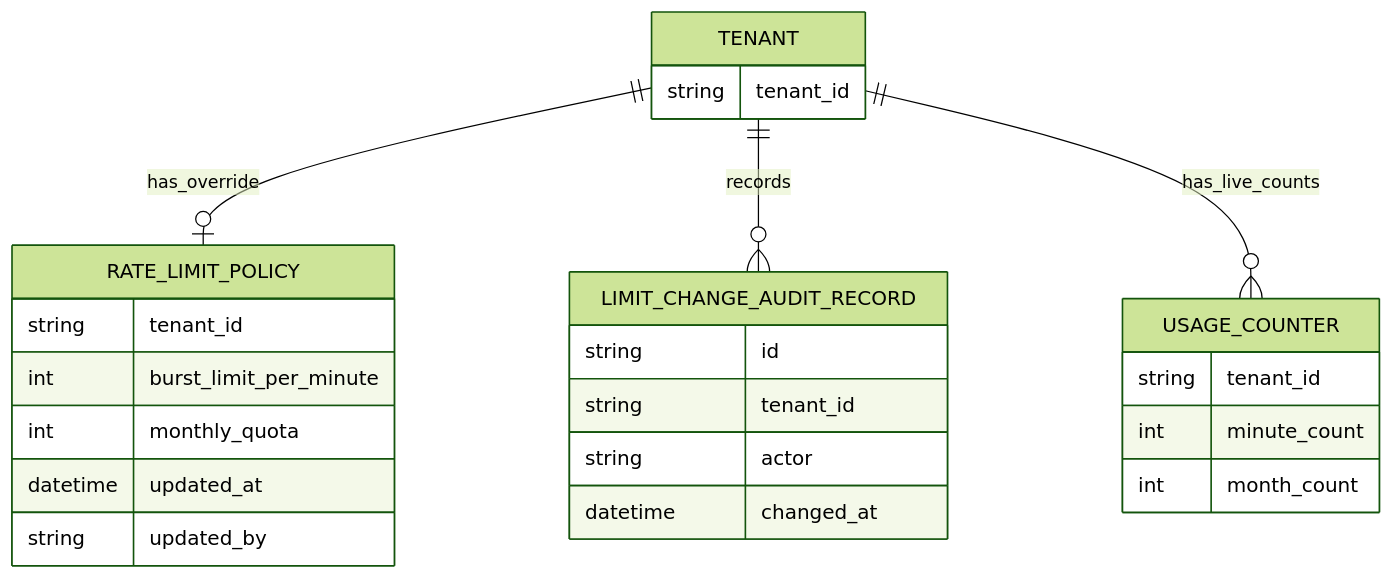
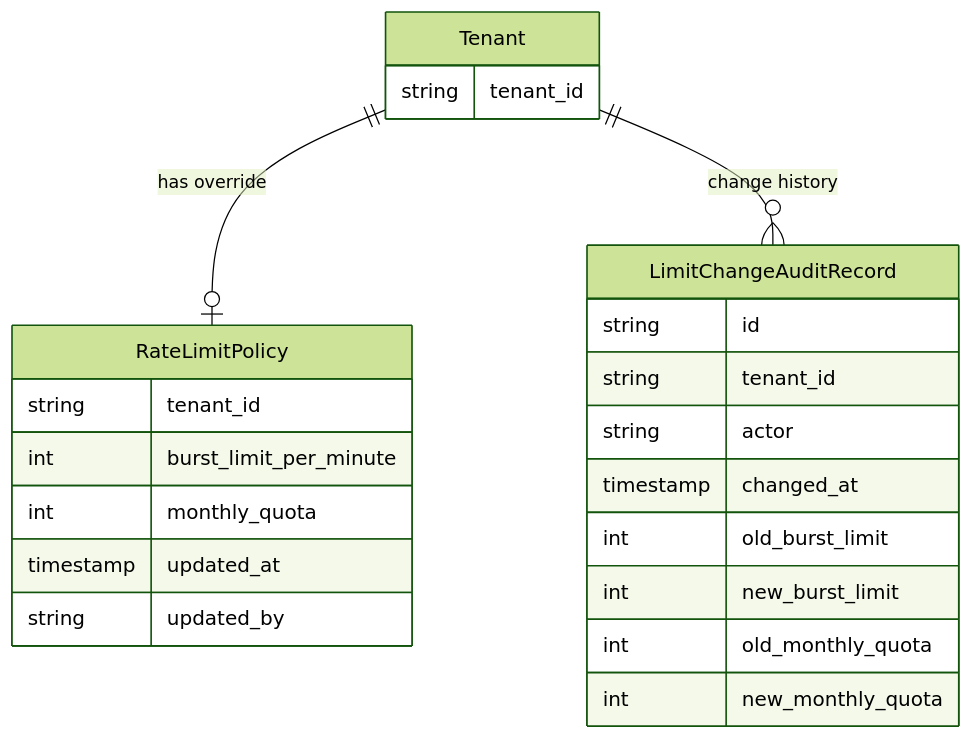
The second of 5 diagrams in examples/specs/001-tenant-rate-limiting/product/30-design.md (d0whc3r/spec-kit-product), drawn with Mermaid (forest theme) before and after one commit. The commit also changed other lines of this file and 4 other files, not shown here.

First line of the commit message:
Refactor technical design and checklist for Per-Tenant API Rate Limiting feature

````diff
--- a/examples/specs/001-tenant-rate-limiting/product/30-design.md
+++ b/examples/specs/001-tenant-rate-limiting/product/30-design.md
@@ -146,27 +137,25 @@
 ```mermaid
 erDiagram
-    TENANT ||--o| RATE_LIMIT_POLICY : has_override
-    TENANT ||--o{ LIMIT_CHANGE_AUDIT_RECORD : records
-    TENANT ||--o{ USAGE_COUNTER : has_live_counts
-    TENANT {
+    Tenant ||--o| RateLimitPolicy : "has override"
+    Tenant ||--o{ LimitChangeAuditRecord : "change history"
+    Tenant {
         string tenant_id
     }
-    RATE_LIMIT_POLICY {
+    RateLimitPolicy {
         string tenant_id
         int burst_limit_per_minute
         int monthly_quota
-        datetime updated_at
+        timestamp updated_at
         string updated_by
     }
-    LIMIT_CHANGE_AUDIT_RECORD {
+    LimitChangeAuditRecord {
         string id
         string tenant_id
         string actor
-        datetime changed_at
-    }
-    USAGE_COUNTER {
-        string tenant_id
-        int minute_count
-        int month_count
+        timestamp changed_at
+        int old_burst_limit
+        int new_burst_limit
+        int old_monthly_quota
+        int new_monthly_quota
     }
 ```
````
